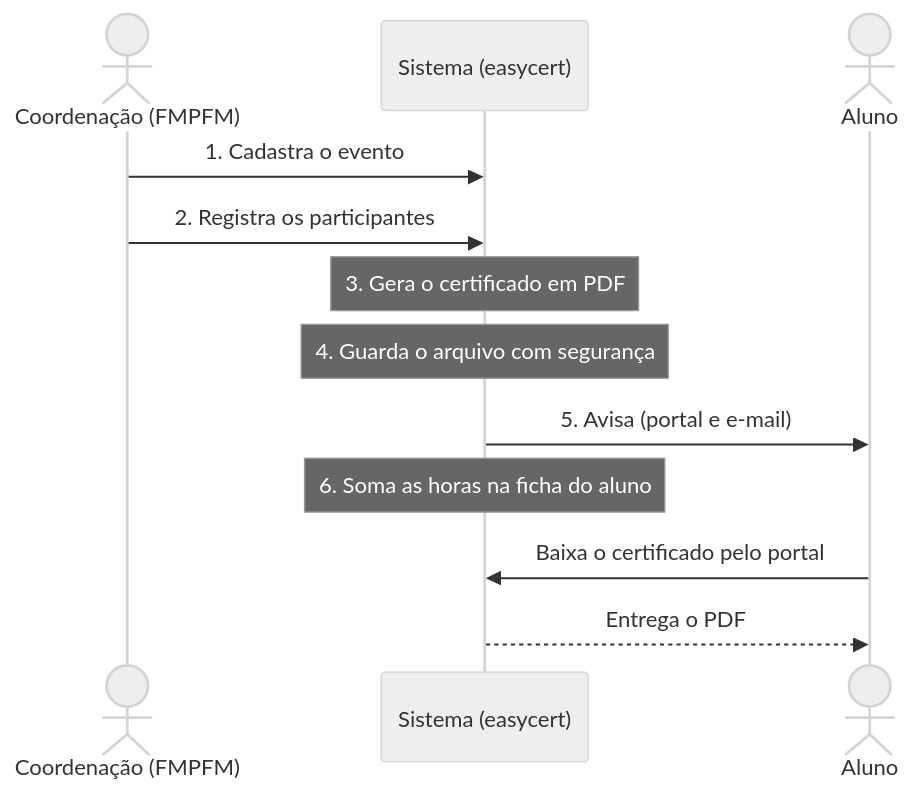
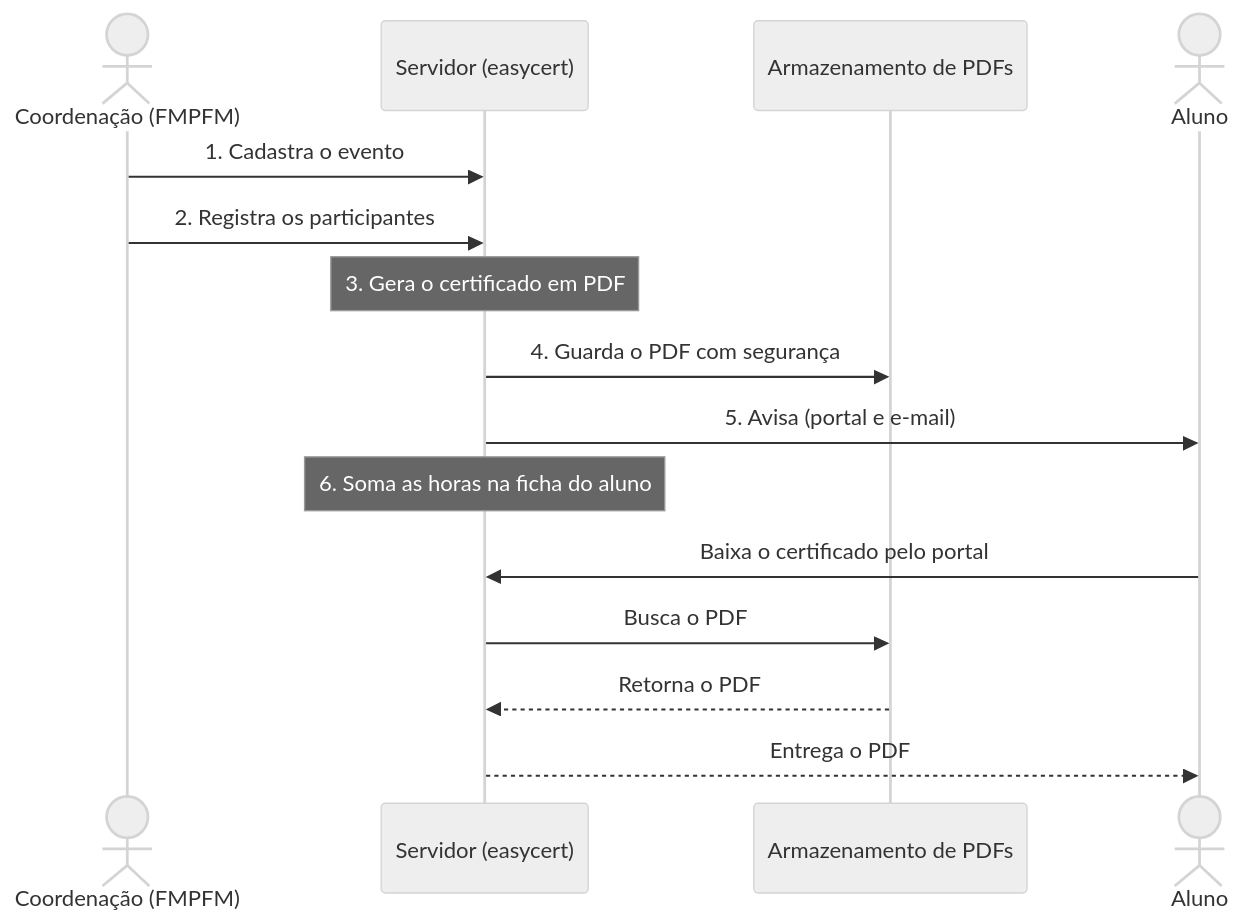
Before and after one commit to Texeraaa/tcc.easycert: the diagram in docs/tcc/rascunhos/img/v3-fluxo-emissao.mmd, drawn with Mermaid (neutral theme).

Commit message:
docs(pre-banca): V3 ganha 4º ator (Armazenamento de PDFs) para explicitar persistência

```diff
--- a/docs/tcc/rascunhos/img/v3-fluxo-emissao.mmd
+++ b/docs/tcc/rascunhos/img/v3-fluxo-emissao.mmd
@@ -1,16 +1,20 @@
-%% Diagrama V3 — Slot 13 (vazio) — Fluxo caminho feliz da emissão (com atores)
+%% Diagrama V3 — Slot 13 (vazio) — Fluxo caminho feliz da emissão (4 atores)
 %% Renderizar em https://mermaid.live, exportar PNG, colar manualmente no slide 13.
 
 sequenceDiagram
     actor COORD as Coordenação (FMPFM)
-    participant SIS as Sistema (easycert)
+    participant SIS as Servidor (easycert)
+    participant ARQ as Armazenamento de PDFs
     actor ALUNO as Aluno
 
     COORD->>SIS: 1. Cadastra o evento
     COORD->>SIS: 2. Registra os participantes
     Note over SIS: 3. Gera o certificado em PDF
-    Note over SIS: 4. Guarda o arquivo com segurança
+    SIS->>ARQ: 4. Guarda o PDF com segurança
     SIS->>ALUNO: 5. Avisa (portal e e-mail)
     Note over SIS: 6. Soma as horas na ficha do aluno
+
     ALUNO->>SIS: Baixa o certificado pelo portal
+    SIS->>ARQ: Busca o PDF
+    ARQ-->>SIS: Retorna o PDF
     SIS-->>ALUNO: Entrega o PDF
```
